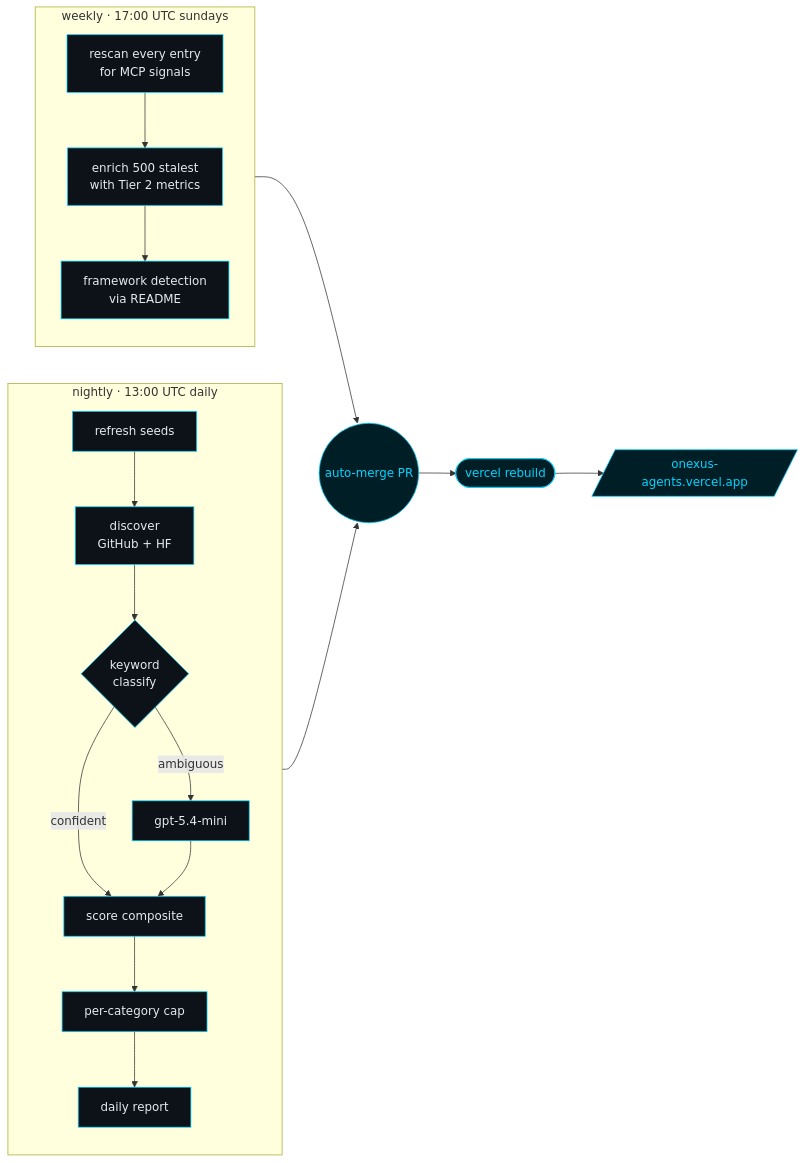
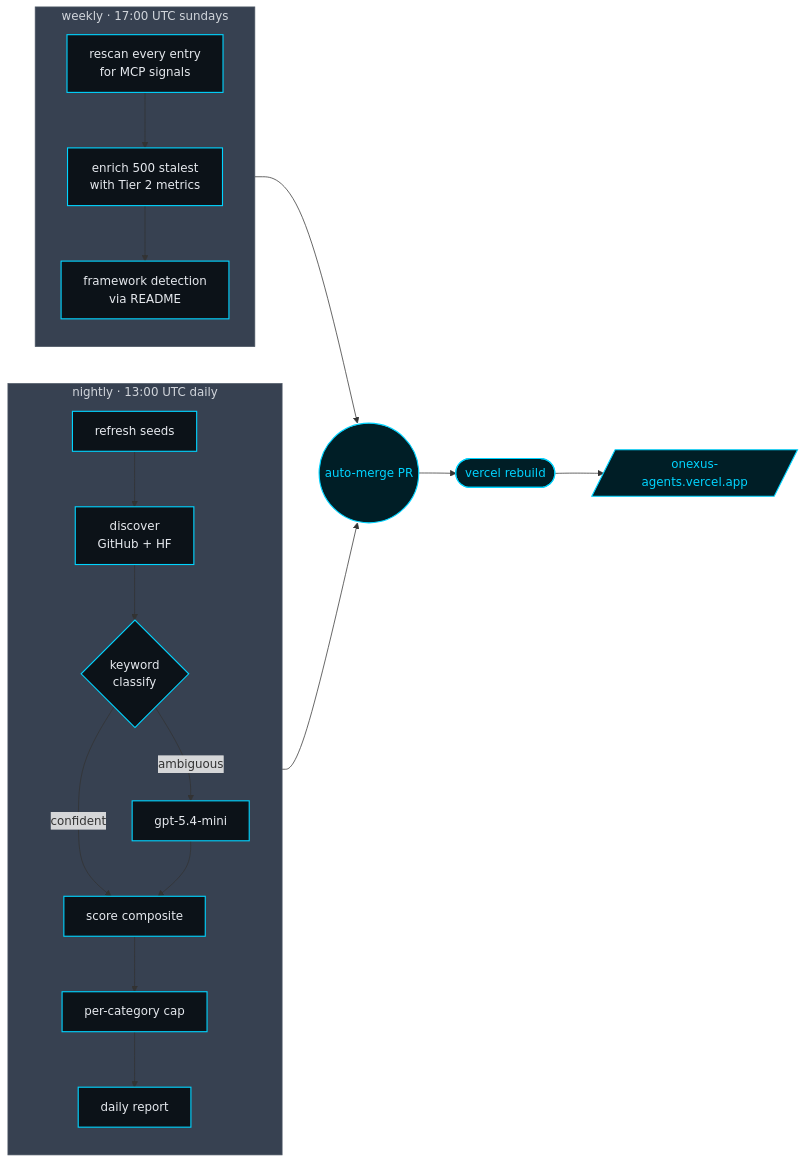
One commit to AllStreets/ONEXUS-Agents changed the diagram in README.md. Above: the diagram before and after it, drawn with Mermaid.

Commit message:
docs(readme): fix Mermaid pipeline diagram on GitHub light mode
Subgraph containers had no explicit fill, so GitHub's light-mode Mermaid
renderer painted them with its pale khaki default. Style N and W with a
neutral slate-grey that reads the same on both themes, and bump node
strokes to 1.5px so the cyan accent holds up against a light page.

````diff
--- a/README.md
+++ b/README.md
@@ -47,28 +47,30 @@
 ```mermaid
 flowchart LR
-  classDef step fill:#0c1218,stroke:#00d4ff,stroke-width:1px,color:#e6e9ee
-  classDef cron fill:#07090c,stroke:#6b7382,stroke-width:1px,color:#9aa3b1,font-size:11px
-  classDef out  fill:#001e26,stroke:#00d4ff,stroke-width:1px,color:#00d4ff
+  classDef step fill:#0c1218,stroke:#00d4ff,stroke-width:1.5px,color:#e6e9ee
+  classDef out  fill:#001e26,stroke:#00d4ff,stroke-width:1.5px,color:#00d4ff
 
   subgraph N["nightly · 13:00 UTC daily"]
     direction TB
     N1[refresh seeds]:::step --> N2[discover<br/>GitHub + HF]:::step
     N2 --> N3{keyword<br/>classify}:::step
     N3 -->|confident| N5[score composite]:::step
     N3 -->|ambiguous| N4[gpt-5.4-mini]:::step
     N4 --> N5
     N5 --> N6[per-category cap]:::step
     N6 --> N7[daily report]:::step
   end
 
   subgraph W["weekly · 17:00 UTC sundays"]
     direction TB
     W1[rescan every entry<br/>for MCP signals]:::step --> W2[enrich 500 stalest<br/>with Tier 2 metrics]:::step
     W2 --> W3[framework detection<br/>via README]:::step
   end
 
   N7 --> PR((auto-merge PR)):::out
   W3 --> PR
   PR --> V([vercel rebuild]):::out
   V --> SITE[/onexus-agents.vercel.app/]:::out
+
+  style N fill:#374151,stroke:#4b5563,color:#d1d5db
+  style W fill:#374151,stroke:#4b5563,color:#d1d5db
 ```
````
